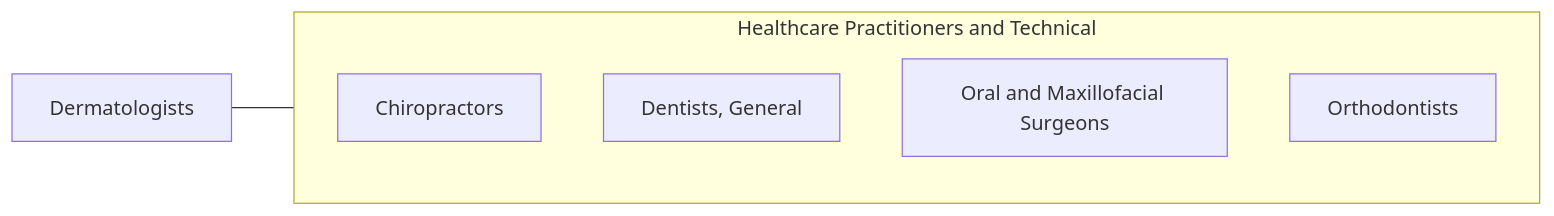
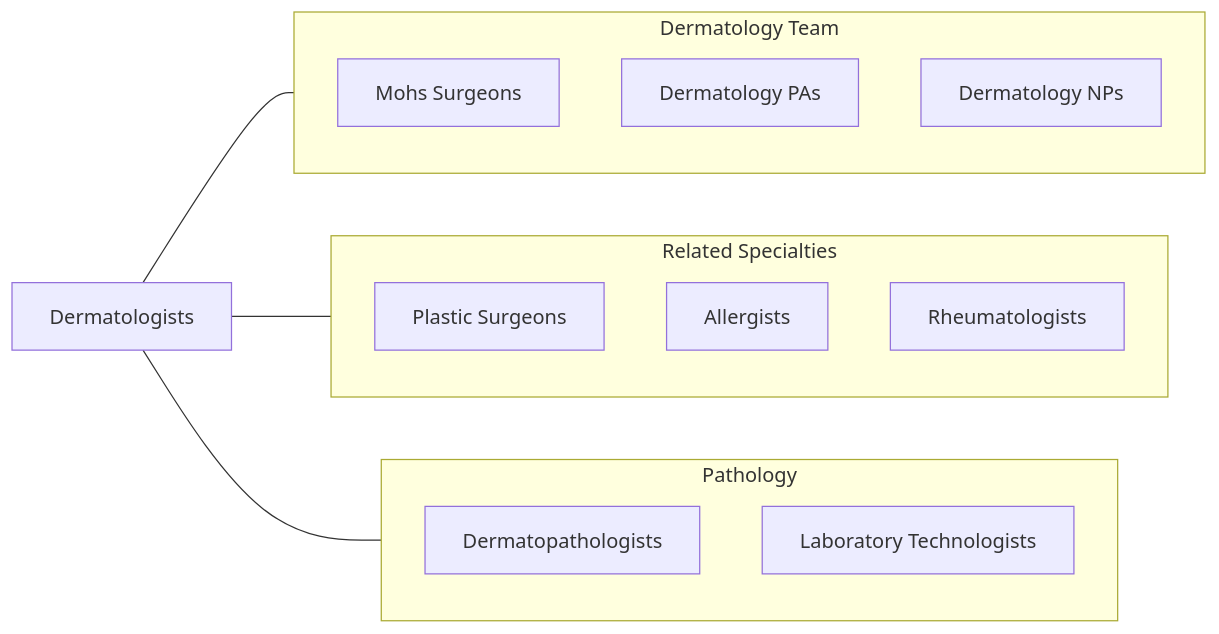
One commit to kziemski/business.org.ai changed the fourth of 4 diagrams in occupations/HealthcarePractitioners/Dermatologists.mdx. Above: the diagram before and after it, drawn with Mermaid. The commit also changed other lines of this file and 938 other files, not shown here.

````diff
--- a/occupations/HealthcarePractitioners/Dermatologists.mdx
+++ b/occupations/HealthcarePractitioners/Dermatologists.mdx
@@ -121,13 +222,25 @@
 ```mermaid
 graph LR
     Current["Dermatologists"]
 
-    subgraph SameCategory["Healthcare Practitioners and Technical"]
-        Chiropractors["Chiropractors"]
-        DentistsGeneral["Dentists, General"]
-        OralAndMaxillofacial["Oral and Maxillofacial Surgeons"]
-        Orthodontists["Orthodontists"]
+    subgraph SkinCareTeam["Dermatology Team"]
+        MohsSurgeon["Mohs Surgeons"]
+        DermPA["Dermatology PAs"]
+        DermNP["Dermatology NPs"]
     end
 
-    Current --- SameCategory
+    subgraph RelatedSpecialties["Related Specialties"]
+        PlasticSurg["Plastic Surgeons"]
+        Allergists["Allergists"]
+        Rheumatologists["Rheumatologists"]
+    end
+
+    subgraph Pathology["Pathology"]
+        DermPath["Dermatopathologists"]
+        LabTech["Laboratory Technologists"]
+    end
+
+    Current --- SkinCareTeam
+    Current --- RelatedSpecialties
+    Current --- Pathology
 ```
````
